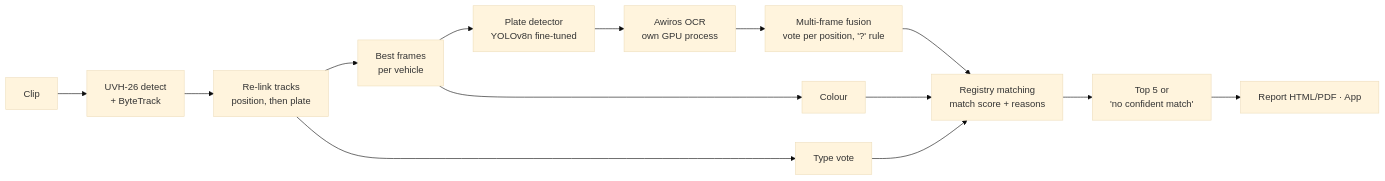
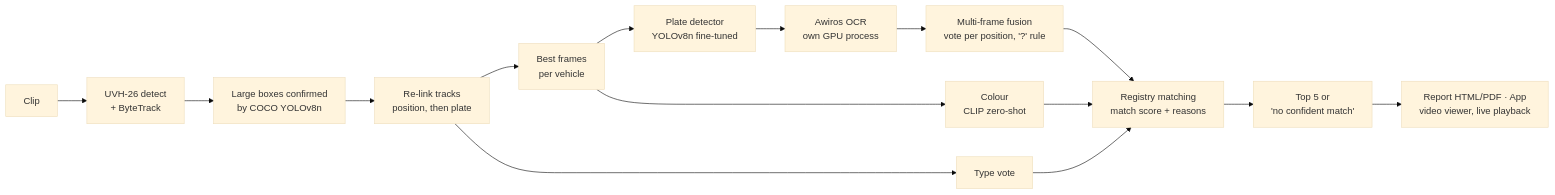
One commit to JustinSantosh/trace_vision_nebula changed the diagram in README.md. Above: the diagram before and after it, drawn with Mermaid (base theme). The commit also changed other lines of this file and 5 other files, not shown here.

````diff
--- a/README.md
+++ b/README.md
@@ -42,16 +42,17 @@
 ```mermaid
 flowchart LR
   A[Clip] --> B[UVH-26 detect<br/>+ ByteTrack]
-  B --> C[Re-link tracks<br/>position, then plate]
+  B --> V[Large boxes confirmed<br/>by COCO YOLOv8n]
+  V --> C[Re-link tracks<br/>position, then plate]
   C --> D[Best frames<br/>per vehicle]
   D --> E[Plate detector<br/>YOLOv8n fine-tuned]
   E --> F[Awiros OCR<br/>own GPU process]
   F --> G[Multi-frame fusion<br/>vote per position, '?' rule]
   C --> H[Type vote]
-  D --> I[Colour]
+  D --> I[Colour<br/>CLIP zero-shot]
   G --> J[Registry matching<br/>match score + reasons]
   H --> J
   I --> J
   J --> K[Top 5 or<br/>'no confident match']
-  K --> L[Report HTML/PDF · App]
+  K --> L[Report HTML/PDF · App<br/>video viewer, live playback]
 ```
````
